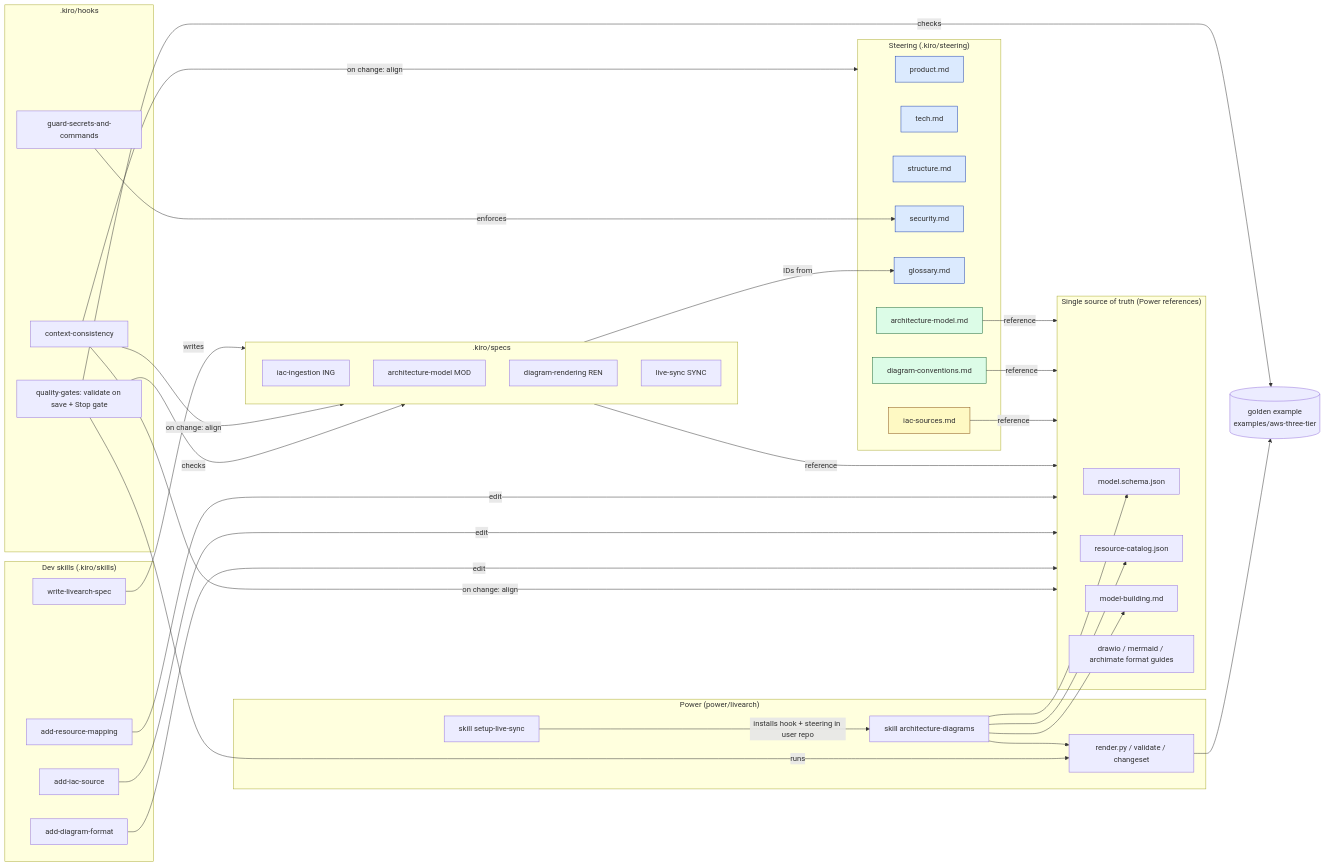
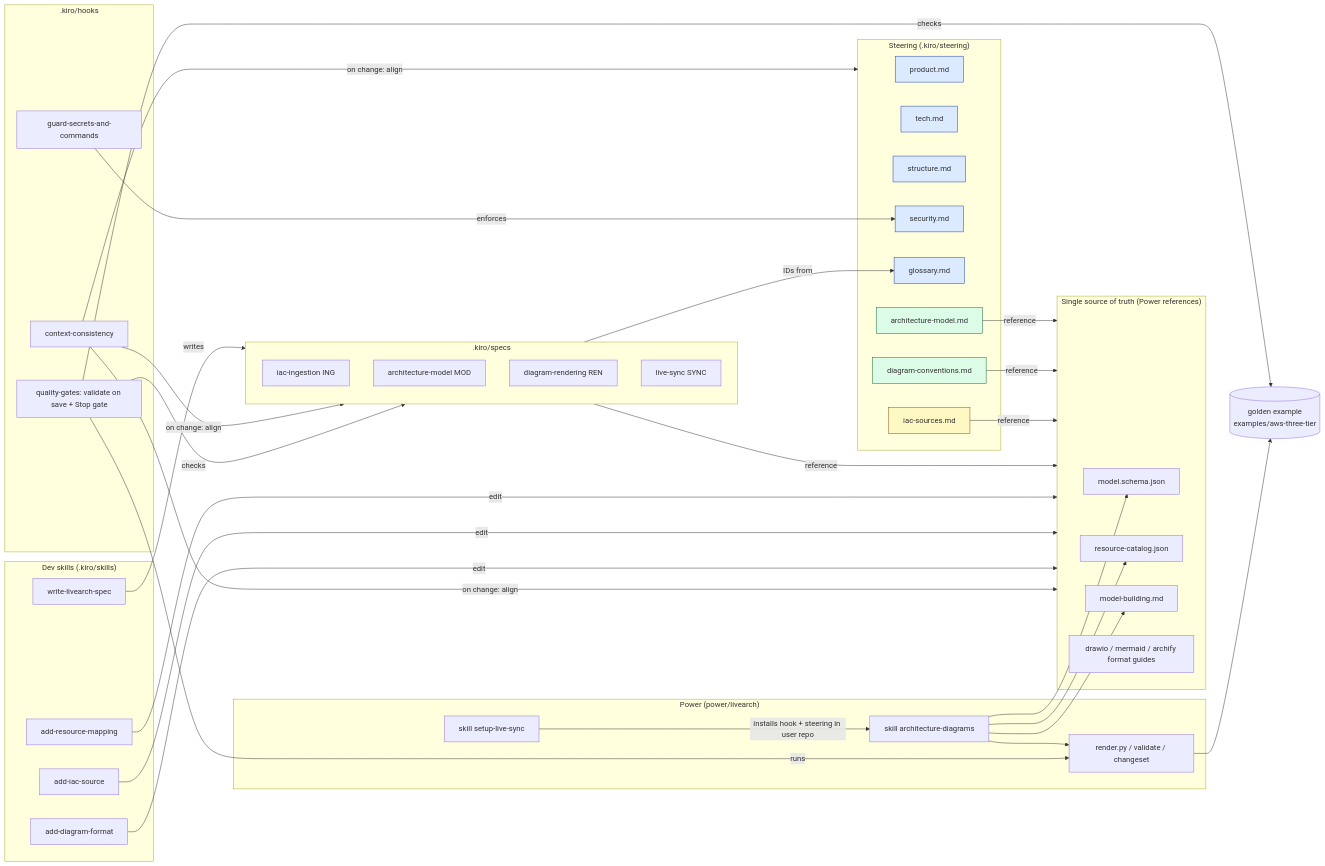
The diagram in docs/context-map.md (AntonioGiulio/kironight-teamx), drawn with Mermaid before and after one commit. The commit also changed 28 other files, not shown here.

````diff
--- a/docs/context-map.md
+++ b/docs/context-map.md
@@ -7,60 +7,60 @@
 ```mermaid
 flowchart LR
   subgraph Steering["Steering (.kiro/steering)"]
     P[product.md]:::always
     T[tech.md]:::always
     S[structure.md]:::always
     SEC[security.md]:::always
     G[glossary.md]:::always
     AM[architecture-model.md]:::match
     DC[diagram-conventions.md]:::match
     IS[iac-sources.md]:::auto
   end
   subgraph Truth["Single source of truth (Power references)"]
     SCH[model.schema.json]
     CAT[resource-catalog.json]
     MB[model-building.md]
-    FMT[drawio / mermaid / archimate format guides]
+    FMT[drawio / mermaid / archify format guides]
   end
   subgraph Specs[".kiro/specs"]
     ING[iac-ingestion ING]
     MOD[architecture-model MOD]
     REN[diagram-rendering REN]
     SYNC[live-sync SYNC]
   end
   subgraph DevSkills["Dev skills (.kiro/skills)"]
     ARM[add-resource-mapping]
     AIS[add-iac-source]
     ADF[add-diagram-format]
     WLS[write-livearch-spec]
   end
   subgraph Power["Power (power/livearch)"]
     AD[skill architecture-diagrams]
     SLS[skill setup-live-sync]
     SCR[render.py / validate / changeset]
   end
   subgraph Hooks[".kiro/hooks"]
     HG[guard-secrets-and-commands]
     HQ[quality-gates: validate on save + Stop gate]
     HC[context-consistency]
   end
   GE[(golden example<br/>examples/aws-three-tier)]
 
   AM & DC & IS -->|reference| Truth
   Specs -->|reference| Truth
   Specs -->|IDs from| G
   AD --> MB & CAT & SCH
   AD --> SCR
   SLS -->|installs hook + steering in user repo| AD
   ARM & AIS & ADF -->|edit| Truth
   WLS -->|writes| Specs
   HC -->|on change: align| Steering & Truth & Specs
   HQ -->|runs| SCR
   HQ -->|checks| GE & Specs
   HG -->|enforces| SEC
   SCR --> GE
 
   classDef always fill:#dbeafe,stroke:#1e40af
   classDef match fill:#dcfce7,stroke:#166534
   classDef auto fill:#fef9c3,stroke:#854d0e
 ```
````
